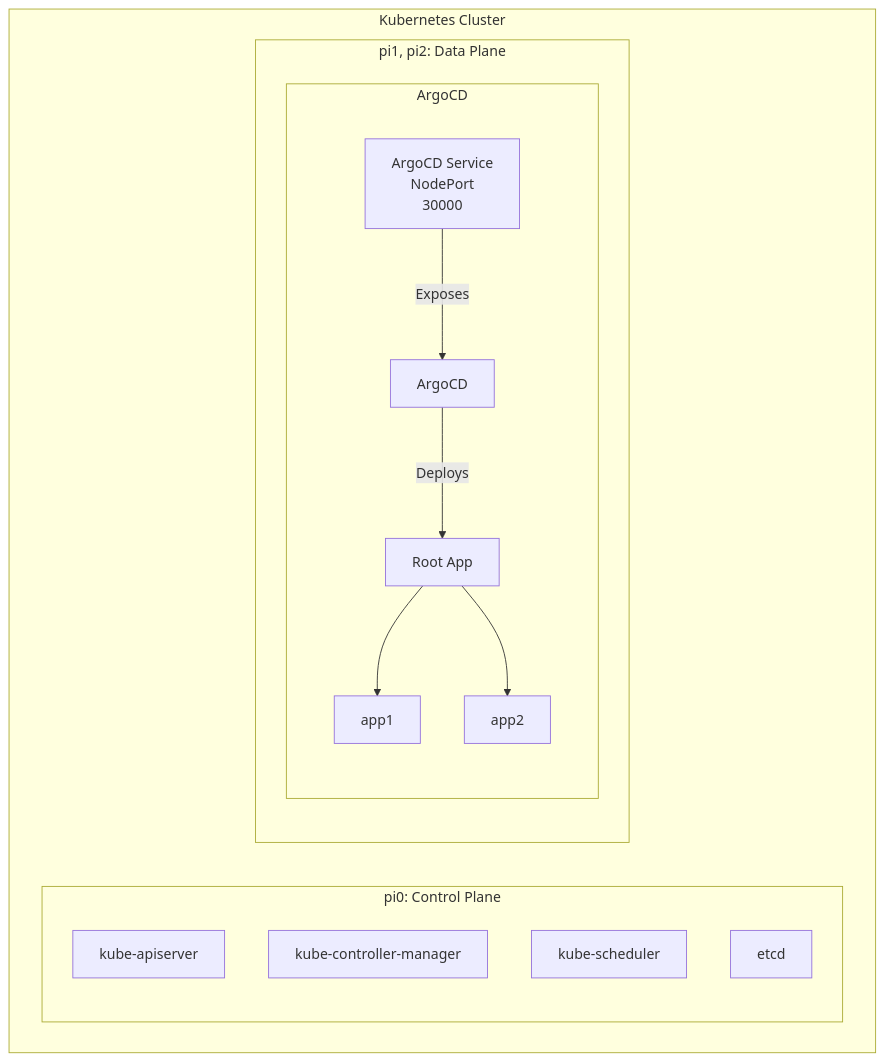
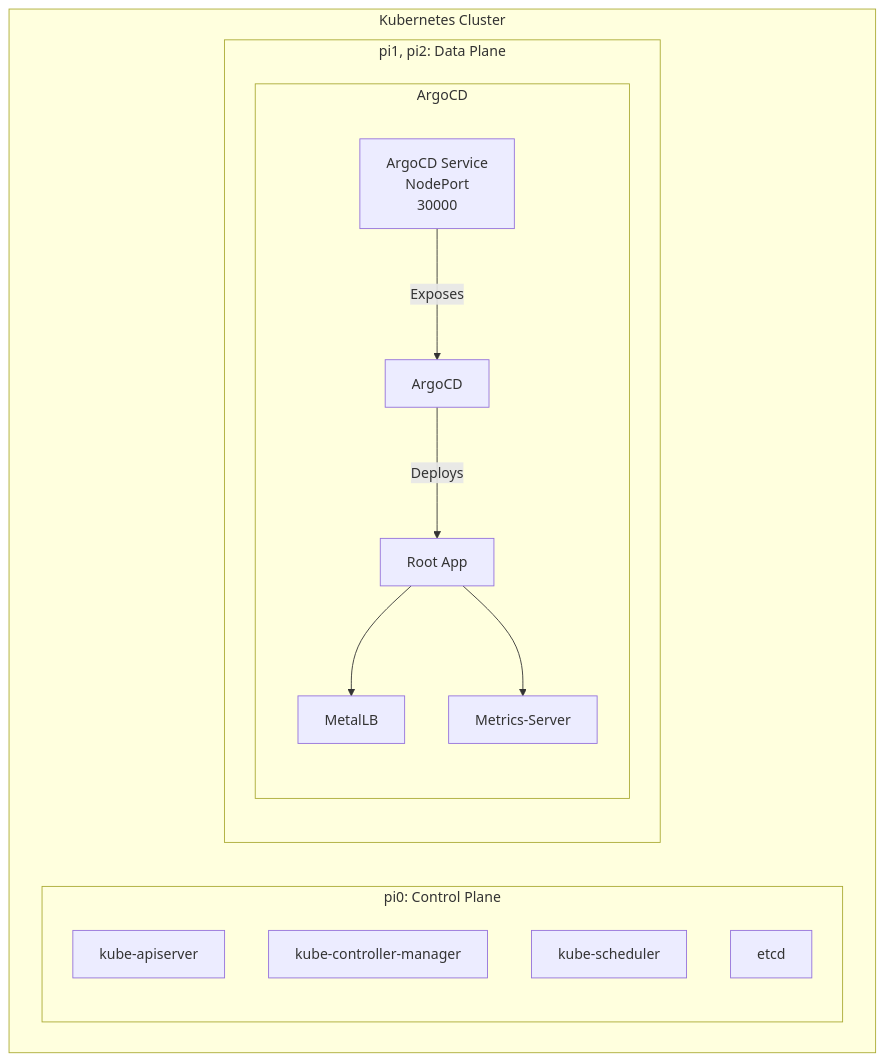
Before and after one commit to jangroth/homekube: the second of 2 diagrams in README.md, drawn with Mermaid. The commit also changed other lines of this file and 4 other files, not shown here.

Commit message:
Metrics-Server

````diff
--- a/README.md
+++ b/README.md
@@ -103,27 +103,27 @@
 ```mermaid
 graph TD
     subgraph Kubernetes Cluster
         subgraph ControlPlane [pi0: Control Plane]
             API[kube-apiserver]
             Cont_manager[kube-controller-manager]
             Scheduler[kube-scheduler]
             Etcd[etcd]
         end
         
         subgraph DataPlane [pi1, pi2: Data Plane]
             subgraph NsArgo[ArgoCD]
                 argocd[ArgoCD]
                 argocd_svc[ArgoCD Service</br> NodePort</br> 30000]
                 aoa[Root App]
-                app1
-                app2
+                app1[MetalLB]
+                app2[Metrics-Server]
             end
         end
     end
 
     argocd_svc -- Exposes --> argocd
     argocd -- Deploys --> aoa
     aoa --> app1
     aoa --> app2
 
 ```
````
